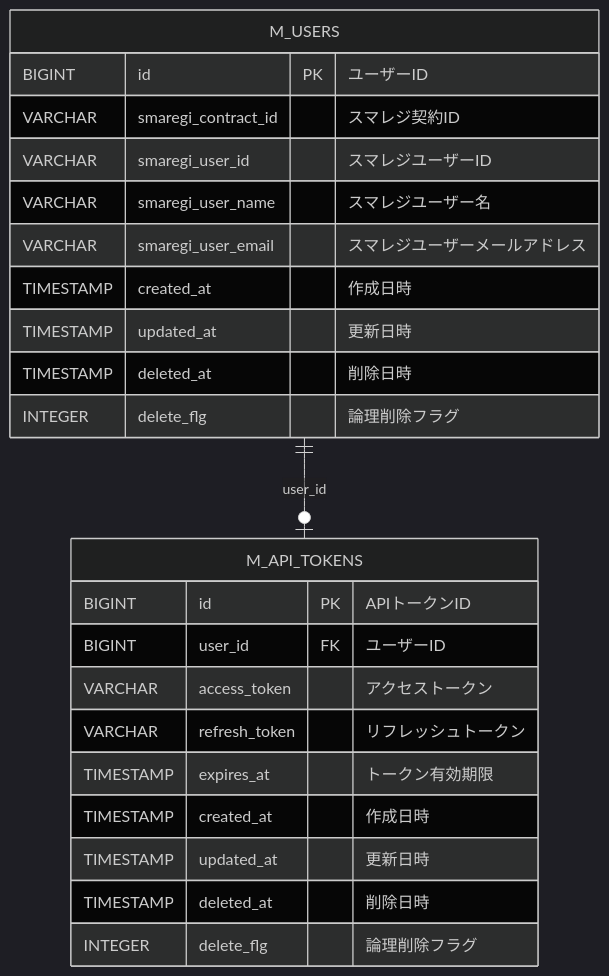
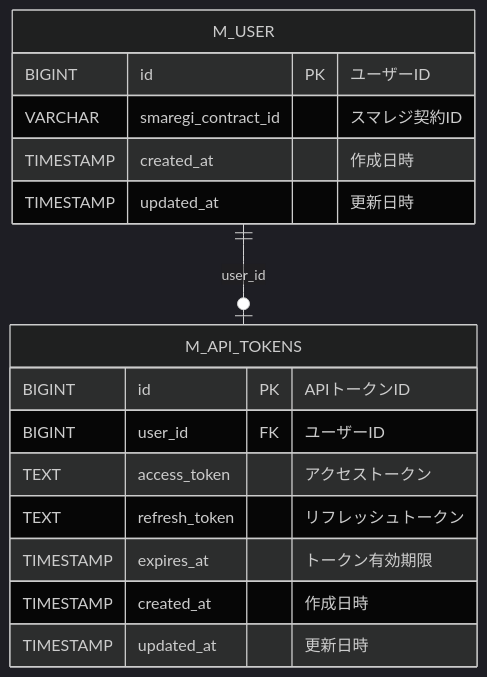
Before and after one commit to sanae688/mail-notify-app: the diagram in README.md, drawn with Mermaid (dark theme). The commit also changed other lines of this file and 16 other files, not shown here.

````diff
--- a/README.md
+++ b/README.md
@@ -154,28 +151,21 @@
 ```mermaid
 erDiagram
-    M_USERS {
+    M_USER {
         BIGINT id PK "ユーザーID"
         VARCHAR smaregi_contract_id "スマレジ契約ID"
-        VARCHAR smaregi_user_id "スマレジユーザーID"
-        VARCHAR smaregi_user_name "スマレジユーザー名"
-        VARCHAR smaregi_user_email "スマレジユーザーメールアドレス"
         TIMESTAMP created_at "作成日時"
         TIMESTAMP updated_at "更新日時"
-        TIMESTAMP deleted_at "削除日時"
-        INTEGER delete_flg "論理削除フラグ"
     }
 
     M_API_TOKENS {
         BIGINT id PK "APIトークンID"
         BIGINT user_id FK "ユーザーID"
-        VARCHAR access_token "アクセストークン"
-        VARCHAR refresh_token "リフレッシュトークン"
+        TEXT access_token "アクセストークン"
+        TEXT refresh_token "リフレッシュトークン"
         TIMESTAMP expires_at "トークン有効期限"
         TIMESTAMP created_at "作成日時"
         TIMESTAMP updated_at "更新日時"
-        TIMESTAMP deleted_at "削除日時"
-        INTEGER delete_flg "論理削除フラグ"
     }
 
-    M_USERS ||--o| M_API_TOKENS : "user_id"
+    M_USER ||--o| M_API_TOKENS : "user_id"
 ```
````
